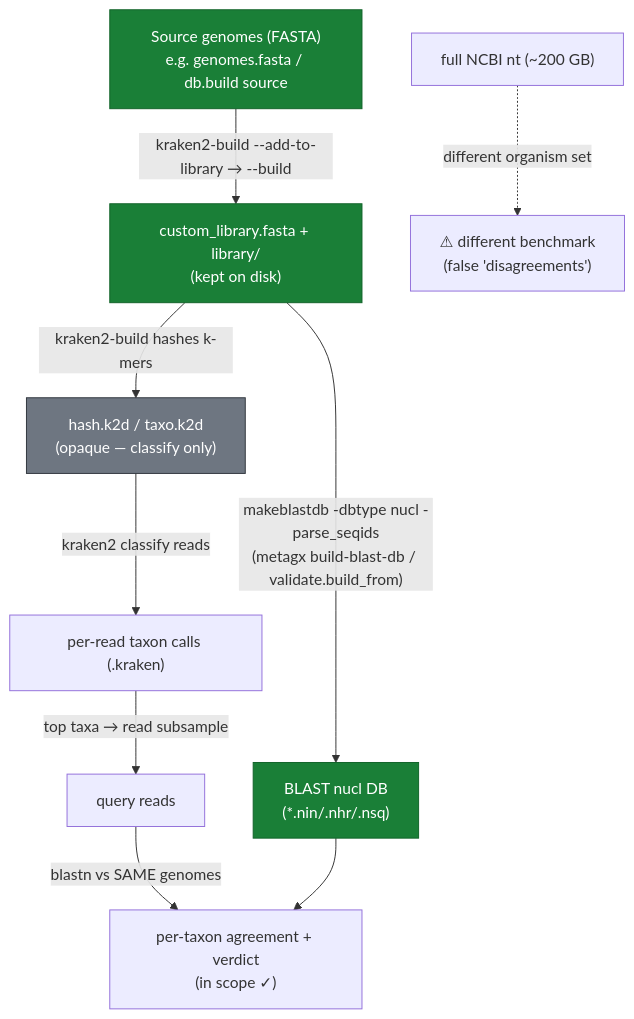
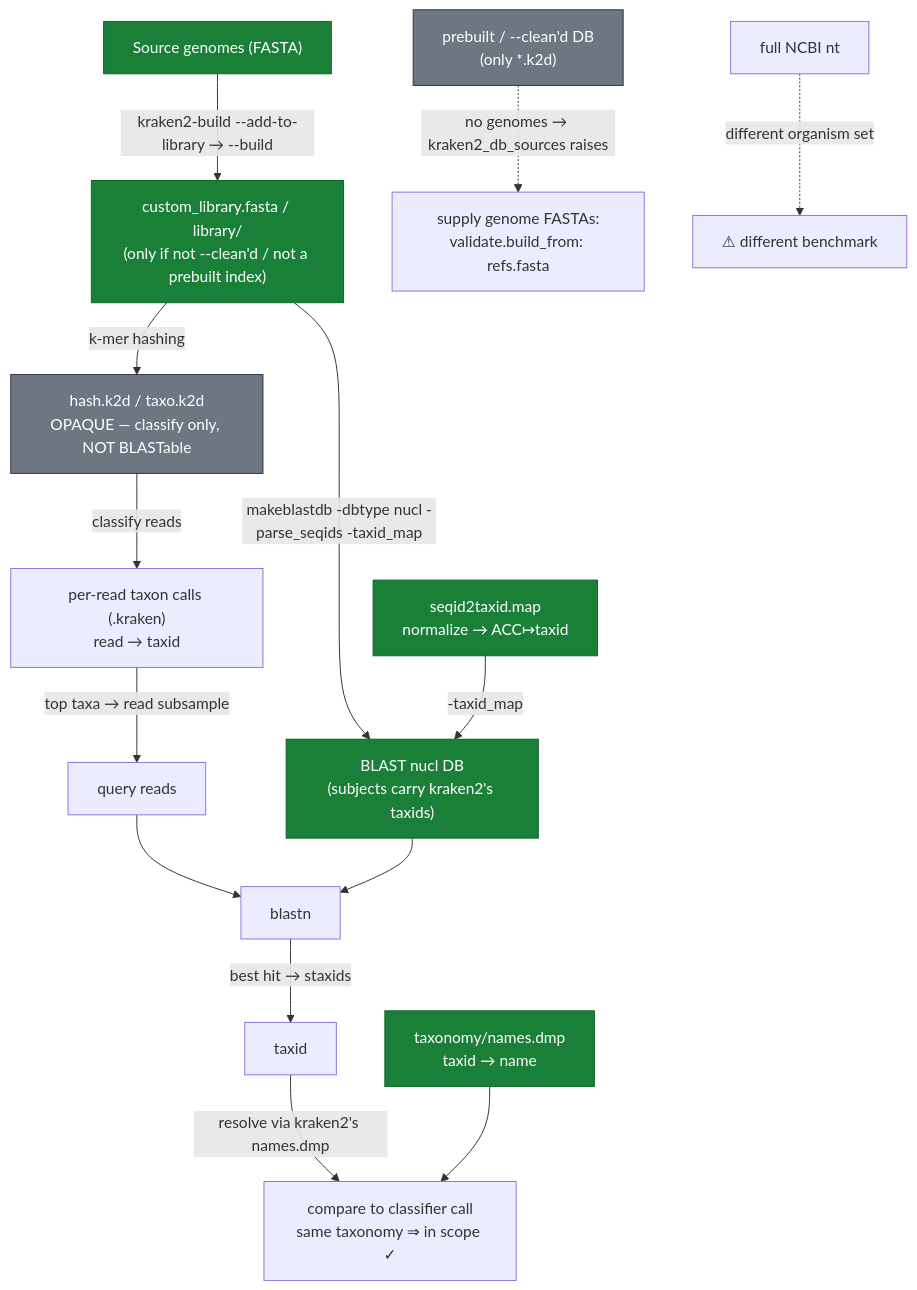
The fourth of 5 diagrams in docs/ARCHITECTURE-WIRING.md (MdRasheduz-zaman/metagenomics-skill), drawn with Mermaid before and after one commit. The commit also changed other lines of this file and 9 other files, not shown here.

````diff
--- a/docs/ARCHITECTURE-WIRING.md
+++ b/docs/ARCHITECTURE-WIRING.md
@@ -130,19 +157,26 @@
 ```mermaid
 flowchart TD
-    SRC["Source genomes (FASTA)<br/>e.g. genomes.fasta / db.build source"]
-    SRC -->|"kraken2-build --add-to-library → --build"| K2LIB["custom_library.fasta + library/<br/>(kept on disk)"]
-    K2LIB -->|"kraken2-build hashes k-mers"| K2["hash.k2d / taxo.k2d<br/>(opaque — classify only)"]
-    K2 -->|"kraken2 classify reads"| CALLS["per-read taxon calls (.kraken)"]
+    SRC["Source genomes (FASTA)"]
+    SRC -->|"kraken2-build --add-to-library → --build"| K2LIB["custom_library.fasta / library/<br/>(only if not --clean'd / not a prebuilt index)"]
+    K2LIB -->|"k-mer hashing"| K2["hash.k2d / taxo.k2d<br/>OPAQUE — classify only, NOT BLASTable"]
+    K2 -->|"classify reads"| CALLS["per-read taxon calls (.kraken)<br/>read → taxid"]
 
-    K2LIB -->|"makeblastdb -dbtype nucl -parse_seqids<br/>(metagx build-blast-db / validate.build_from)"| BDB["BLAST nucl DB<br/>(*.nin/.nhr/.nsq)"]
+    K2LIB -->|"makeblastdb -dbtype nucl -parse_seqids -taxid_map"| BDB["BLAST nucl DB<br/>(subjects carry kraken2's taxids)"]
+    MAP["seqid2taxid.map<br/>normalize → ACC↦taxid"] -->|"-taxid_map"| BDB
+    NAMES["taxonomy/names.dmp<br/>taxid → name"]
+
     CALLS -->|"top taxa → read subsample"| Q["query reads"]
-    Q -->|"blastn vs SAME genomes"| AGREE["per-taxon agreement + verdict<br/>(in scope ✓)"]
-    BDB --> AGREE
+    Q --> BL["blastn"]
+    BDB --> BL
+    BL -->|"best hit → staxids"| RES["taxid"]
+    RES -->|"resolve via kraken2's names.dmp"| CMP["compare to classifier call<br/>same taxonomy ⇒ in scope ✓"]
+    NAMES --> CMP
 
-    NT["full NCBI nt (~200 GB)"] -.->|"different organism set"| WARN["⚠ different benchmark<br/>(false 'disagreements')"]
+    NOGEN["prebuilt / --clean'd DB<br/>(only *.k2d)"] -.->|"no genomes → kraken2_db_sources raises"| FIX["supply genome FASTAs:<br/>validate.build_from: refs.fasta"]
+    NT["full NCBI nt"] -.->|"different organism set"| WARN["⚠ different benchmark"]
 
     classDef opaque fill:#6e7681,stroke:#30363d,color:#fff;
     classDef share fill:#1a7f37,stroke:#116329,color:#fff;
-    class K2 opaque;
-    class K2LIB,SRC,BDB share;
+    class K2,NOGEN opaque;
+    class K2LIB,SRC,BDB,MAP,NAMES share;
 ```
````
